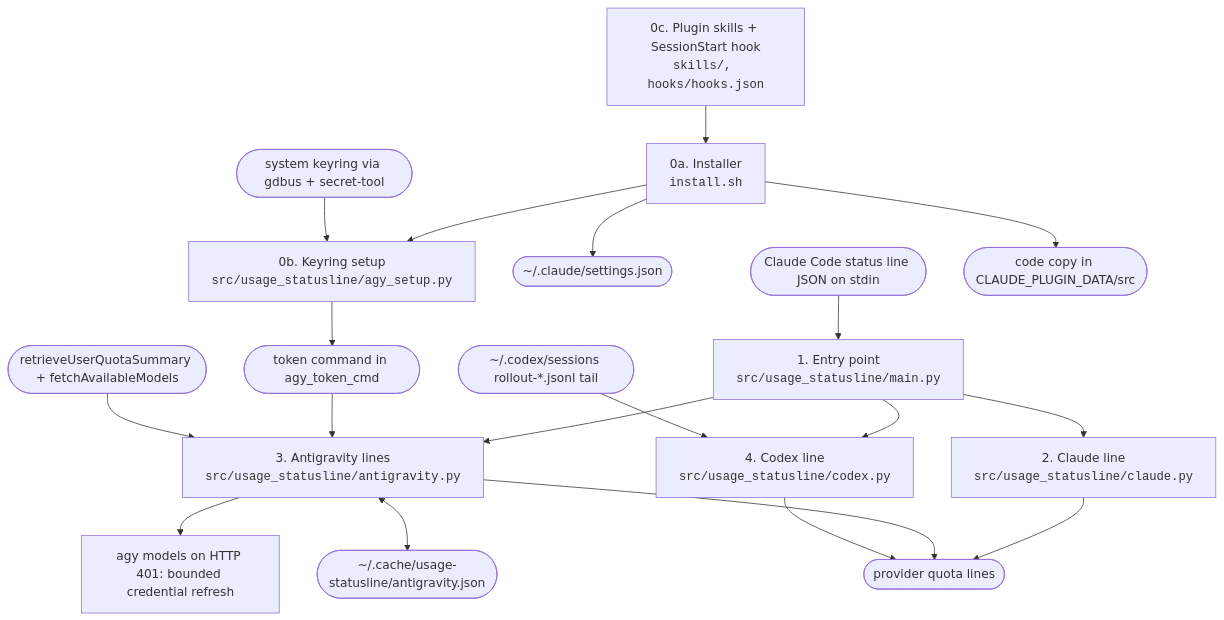
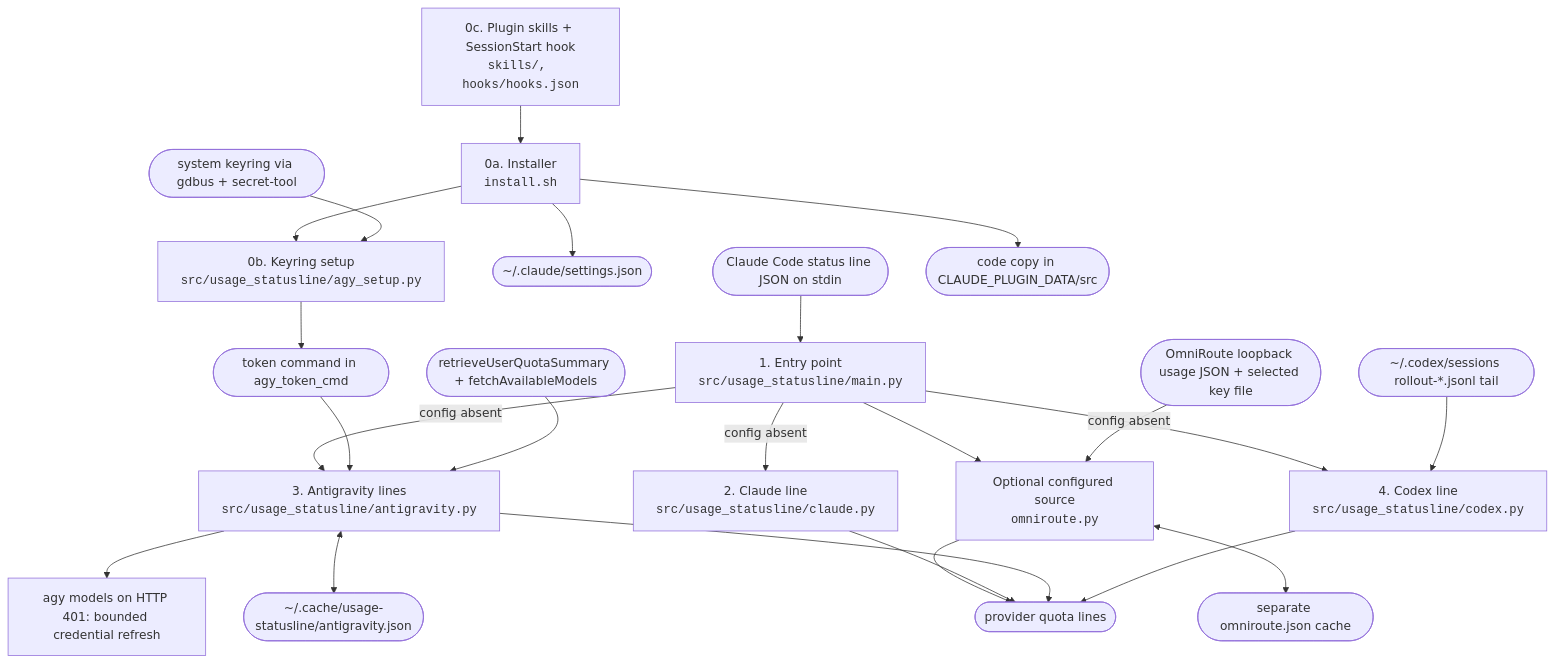
One commit to mlemes/quotaline changed the first of 2 diagrams in docs/architecture.md. Above: the diagram before and after it, drawn with Mermaid. The commit also changed other lines of this file and 12 other files, not shown here.

Commit message:
feat: add optional local OmniRoute quota source

````diff
--- a/docs/architecture.md
+++ b/docs/architecture.md
@@ -39,21 +80,25 @@
 ```mermaid
 flowchart TB
     cc([Claude Code status line JSON on stdin]) --> main["1. Entry point<br/><code>src/usage_statusline/main.py</code>"]
-    main --> claude["2. Claude line<br/><code>src/usage_statusline/claude.py</code>"]
-    main --> ag["3. Antigravity lines<br/><code>src/usage_statusline/antigravity.py</code>"]
+    main --> omni["Optional configured source<br/><code>omniroute.py</code>"]
+    local([OmniRoute loopback usage JSON + selected key file]) --> omni
+    omni <--> ocache([separate omniroute.json cache])
+    omni --> out
+    main -->|config absent| claude["2. Claude line<br/><code>src/usage_statusline/claude.py</code>"]
+    main -->|config absent| ag["3. Antigravity lines<br/><code>src/usage_statusline/antigravity.py</code>"]
     tok([token command in agy_token_cmd]) --> ag
     api([retrieveUserQuotaSummary + fetchAvailableModels]) --> ag
     ag --> refresh["agy models on HTTP 401: bounded credential refresh"]
     ag <--> cache([~/.cache/usage-statusline/antigravity.json])
     claude --> out([provider quota lines])
     ag --> out
-    main --> codex["4. Codex line<br/><code>src/usage_statusline/codex.py</code>"]
+    main -->|config absent| codex["4. Codex line<br/><code>src/usage_statusline/codex.py</code>"]
     rollout([~/.codex/sessions rollout-*.jsonl tail]) --> codex
     codex --> out
     inst["0a. Installer<br/><code>install.sh</code>"] --> settings([~/.claude/settings.json])
     inst --> setup["0b. Keyring setup<br/><code>src/usage_statusline/agy_setup.py</code>"]
     keyring([system keyring via gdbus + secret-tool]) --> setup
     setup --> tok
     skill["0c. Plugin skills + SessionStart hook<br/><code>skills/, hooks/hooks.json</code>"] --> inst
     inst --> data([code copy in CLAUDE_PLUGIN_DATA/src])
 ```
````
